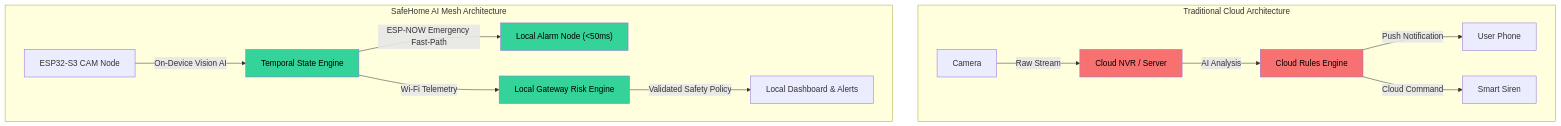
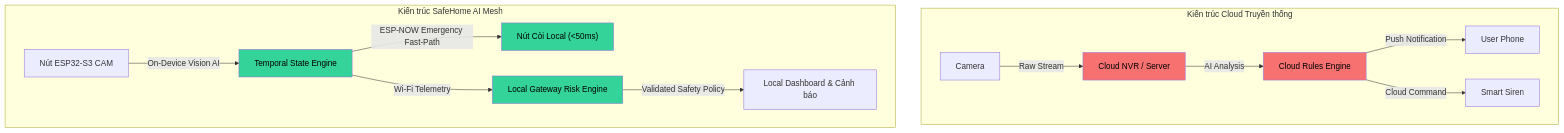
Before and after one commit to Eddy-hoang/SAM: the diagram in docs/01-problem-statement.md, drawn with Mermaid. The commit also changed other lines of this file and 34 other files, not shown here.

````diff
--- a/docs/01-problem-statement.md
+++ b/docs/01-problem-statement.md
@@ -45,23 +45,23 @@
 ```mermaid
 graph TD
-    subgraph Traditional_Cloud_System ["Traditional Cloud Architecture"]
+    subgraph Traditional_Cloud_System ["Kiến trúc Cloud Truyền thống"]
         T1["Camera"] -->|Raw Stream| T2["Cloud NVR / Server"]
         T2 -->|AI Analysis| T3["Cloud Rules Engine"]
         T3 -->|Push Notification| T4["User Phone"]
         T3 -->|Cloud Command| T5["Smart Siren"]
         
         style T2 fill:#f87171,color:#000
         style T3 fill:#f87171,color:#000
     end
 
-    subgraph SafeHome_AI_Mesh ["SafeHome AI Mesh Architecture"]
-        S1["ESP32-S3 CAM Node"] -->|On-Device Vision AI| S2["Temporal State Engine"]
-        S2 -->|ESP-NOW Emergency Fast-Path| S3["Local Alarm Node (<50ms)"]
+    subgraph SafeHome_AI_Mesh ["Kiến trúc SafeHome AI Mesh"]
+        S1["Nút ESP32-S3 CAM"] -->|On-Device Vision AI| S2["Temporal State Engine"]
+        S2 -->|ESP-NOW Emergency Fast-Path| S3["Nút Còi Local (<50ms)"]
         S2 -->|Wi-Fi Telemetry| S4["Local Gateway Risk Engine"]
-        S4 -->|Validated Safety Policy| S5["Local Dashboard & Alerts"]
+        S4 -->|Validated Safety Policy| S5["Local Dashboard & Cảnh báo"]
 
         style S2 fill:#34d399,color:#000
         style S3 fill:#34d399,color:#000
         style S4 fill:#34d399,color:#000
     end
 ```
````
